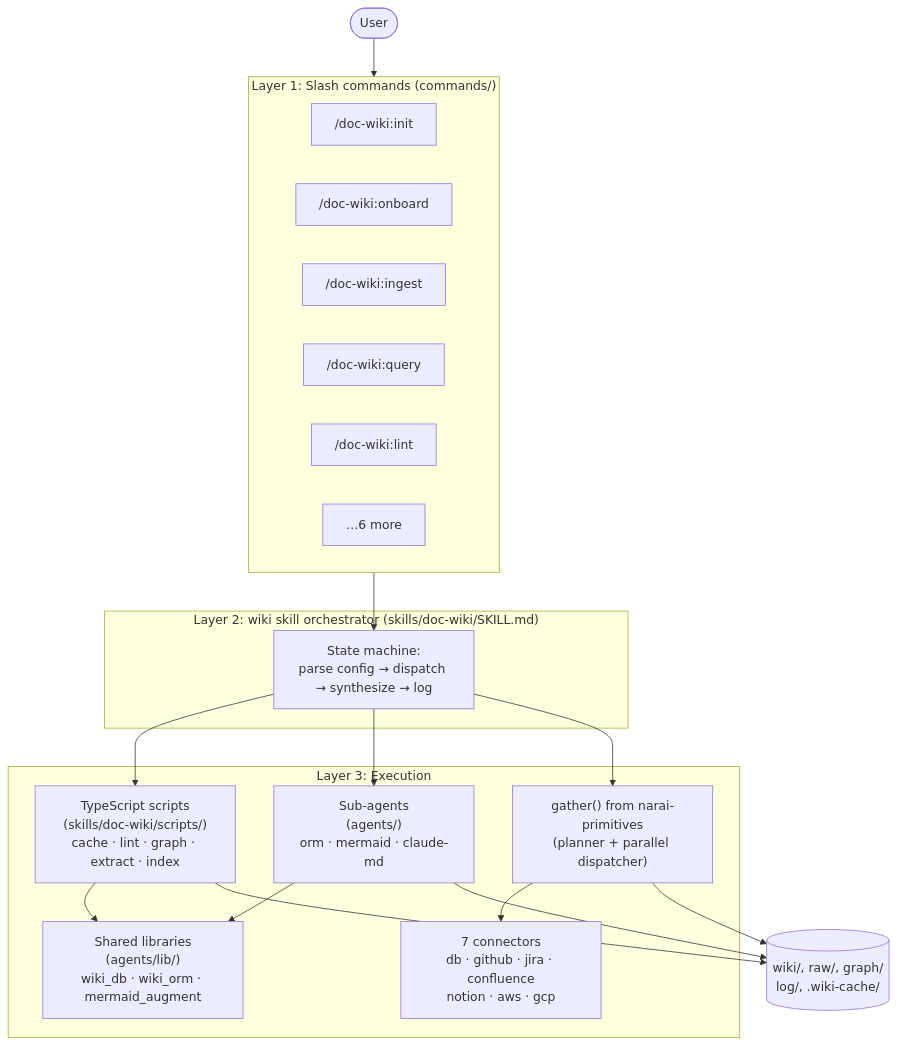
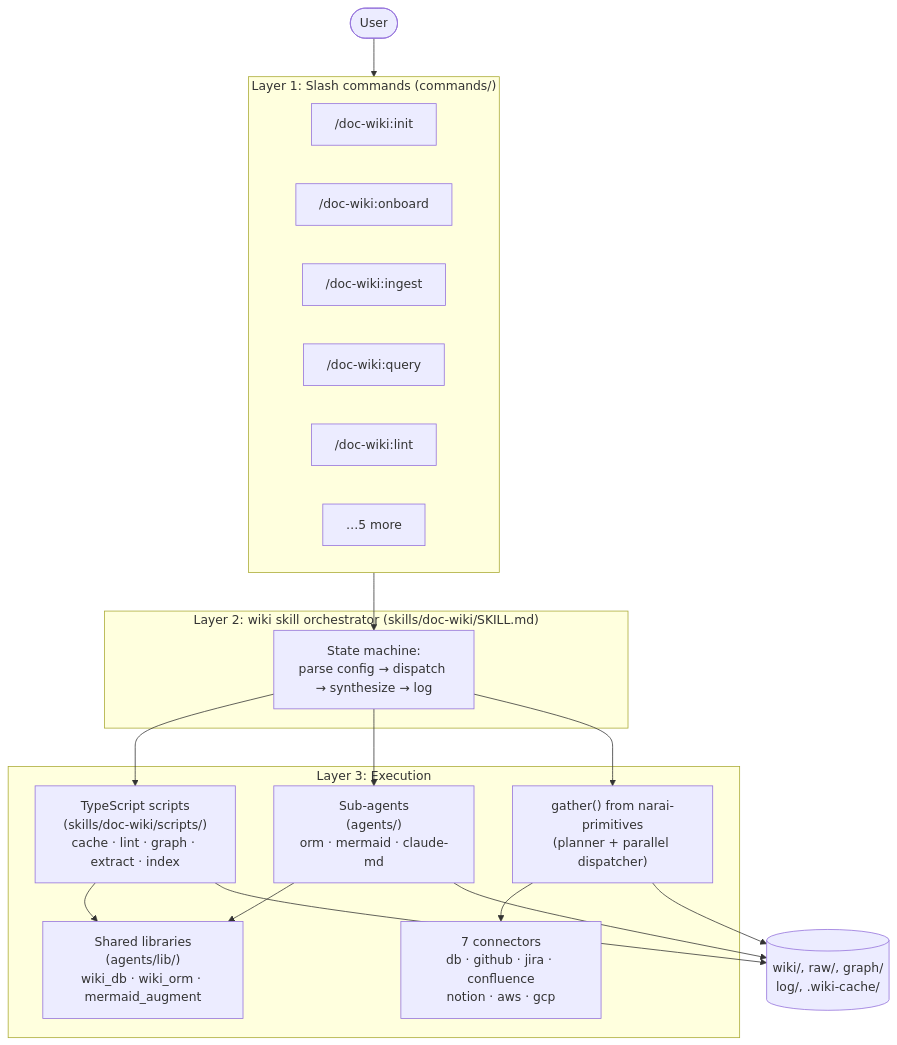
Before and after one commit to narailabs/doc-wiki: the first of 3 diagrams in docs/architecture.md, drawn with Mermaid. The commit also changed other lines of this file and 12 other files, not shown here.

````diff
--- a/docs/architecture.md
+++ b/docs/architecture.md
@@ -36,35 +36,35 @@
 ```mermaid
 flowchart TB
     User([User])
     subgraph L1["Layer 1: Slash commands (commands/)"]
         WInit["/doc-wiki:init"]
         WOnboard["/doc-wiki:onboard"]
         WIngest["/doc-wiki:ingest"]
         WQuery["/doc-wiki:query"]
         WLint["/doc-wiki:lint"]
-        WMore["…6 more"]
+        WMore["…5 more"]
     end
     subgraph L2["Layer 2: wiki skill orchestrator (skills/doc-wiki/SKILL.md)"]
         Orch["State machine:<br/>parse config → dispatch → synthesize → log"]
     end
     subgraph L3["Layer 3: Execution"]
         Scripts["TypeScript scripts<br/>(skills/doc-wiki/scripts/)<br/>cache · lint · graph · extract · index"]
         Agents["Sub-agents<br/>(agents/)<br/>orm · mermaid · claude-md"]
         Libs["Shared libraries<br/>(agents/lib/)<br/>wiki_db · wiki_orm · mermaid_augment"]
         Gather["gather() from narai-primitives<br/>(planner + parallel dispatcher)"]
         Connectors["7 connectors<br/>db · github · jira · confluence<br/>notion · aws · gcp"]
         Gather --> Connectors
     end
     Storage[("wiki/, raw/, graph/<br/>log/, .wiki-cache/")]
 
     User --> L1
     L1 --> Orch
     Orch --> Scripts
     Orch --> Agents
     Orch --> Gather
     Scripts --> Libs
     Agents --> Libs
     Scripts --> Storage
     Gather --> Storage
     Agents --> Storage
 ```
````
